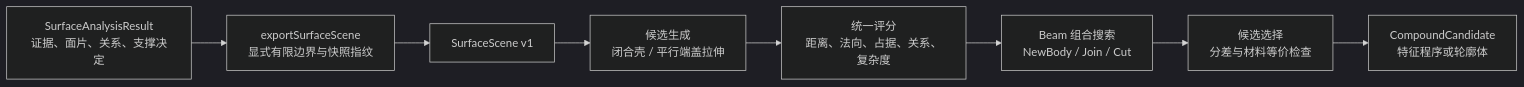
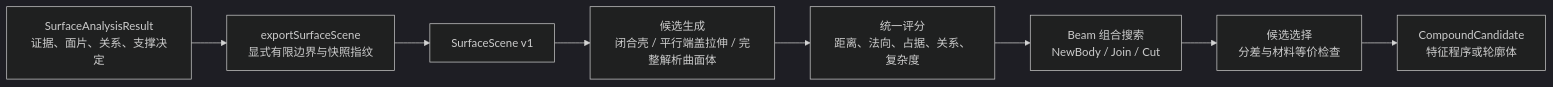
One commit to ghhufue/Bochu-ParamCAD changed the diagram in docs/site/algorithms/solid-inference.md. Above: the diagram before and after it, drawn with Mermaid (dark theme). The commit also changed other lines of this file and 14 other files, not shown here.

````diff
--- a/docs/site/algorithms/solid-inference.md
+++ b/docs/site/algorithms/solid-inference.md
@@ -7,10 +7,10 @@
 ```mermaid
 flowchart LR
     A["SurfaceAnalysisResult<br/>证据、面片、关系、支撑决定"] --> B["exportSurfaceScene<br/>显式有限边界与快照指纹"]
     B --> C["SurfaceScene v1"]
-    C --> D["候选生成<br/>闭合壳 / 平行端盖拉伸"]
+    C --> D["候选生成<br/>闭合壳 / 平行端盖拉伸 / 完整解析曲面体"]
     D --> E["统一评分<br/>距离、法向、占据、关系、复杂度"]
     E --> F["Beam 组合搜索<br/>NewBody / Join / Cut"]
     F --> G["候选选择<br/>分差与材料等价检查"]
     G --> H["CompoundCandidate<br/>特征程序或轮廓体"]
 ```
````
